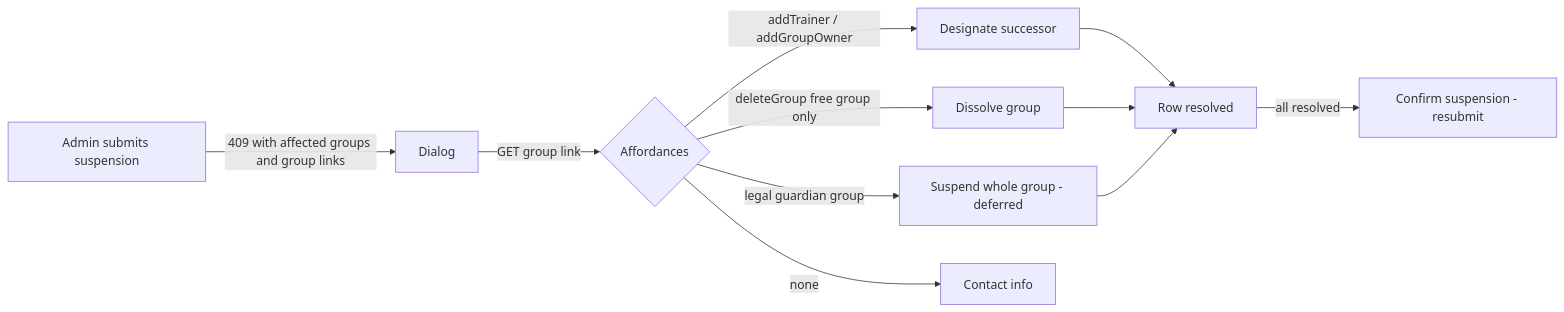
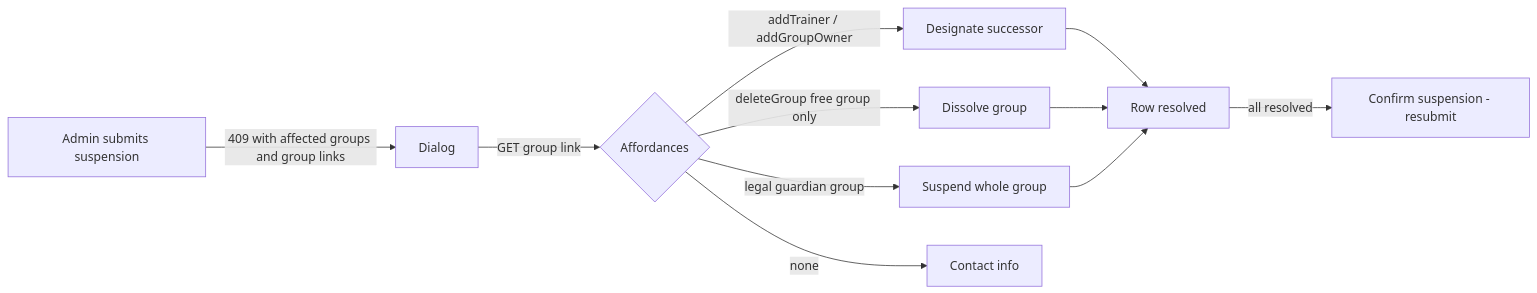
One commit to zabiny/klabis changed the diagram in openspec/changes/resolve-group-ownership-on-suspension/proposal.md. Above: the diagram before and after it, drawn with Mermaid. The commit also changed other lines of this file and 2 other files, not shown here.

````diff
--- a/openspec/changes/resolve-group-ownership-on-suspension/proposal.md
+++ b/openspec/changes/resolve-group-ownership-on-suspension/proposal.md
@@ -41,13 +41,13 @@
 ```mermaid
 flowchart LR
     S[Admin submits suspension] -->|409 with affected groups and group links| D[Dialog]
     D -->|GET group link| G{Affordances}
     G -->|addTrainer / addGroupOwner| A[Designate successor]
     G -->|deleteGroup free group only| X[Dissolve group]
-    G -->|legal guardian group| L[Suspend whole group - deferred]
+    G -->|legal guardian group| L[Suspend whole group]
     G -->|none| C[Contact info]
     A --> R[Row resolved]
     X --> R
     L --> R
     R -->|all resolved| F[Confirm suspension - resubmit]
 ```
````
